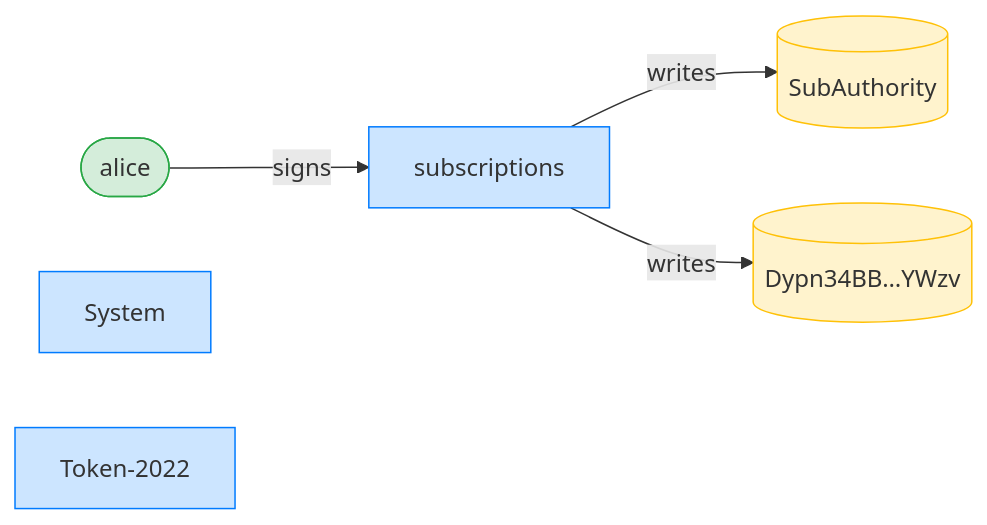
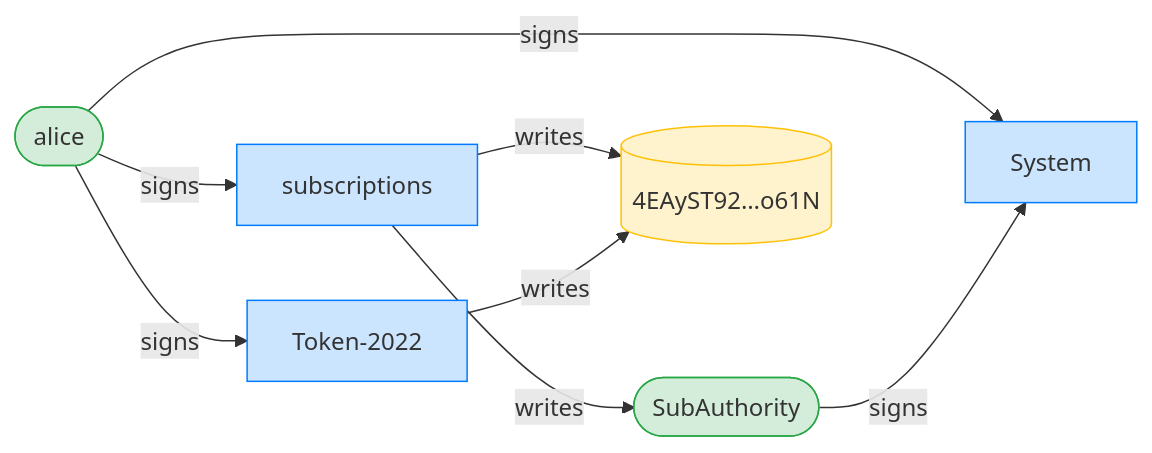
The third of 4 diagrams in dsl_tests/initialize-over-a-token-2022-mint---pausable--.md (cds-rs/subscriptions), drawn with Mermaid before and after one commit. The commit also changed other lines of this file and 224 other files, not shown here.

````diff
--- a/dsl_tests/initialize-over-a-token-2022-mint---pausable--.md
+++ b/dsl_tests/initialize-over-a-token-2022-mint---pausable--.md
@@ -55,15 +56,19 @@
 ```mermaid
 flowchart LR
     classDef signer fill:#d4edda,stroke:#28a745;
     classDef program fill:#cce5ff,stroke:#007bff;
     classDef writable fill:#fff3cd,stroke:#ffc107;
     subscriptions[subscriptions]:::program
     alice([alice]):::signer
-    SubAuthority[(SubAuthority)]:::writable
-    Dypn34BB_YWzv[("Dypn34BB…YWzv")]:::writable
+    SubAuthority([SubAuthority]):::signer
+    4EAyST92_o61N[("4EAyST92…o61N")]:::writable
     System[System]:::program
     Token_2022["Token-2022"]:::program
     alice -->|signs| subscriptions
+    alice -->|signs| System
+    SubAuthority -->|signs| System
+    alice -->|signs| Token_2022
     subscriptions -->|writes| SubAuthority
-    subscriptions -->|writes| Dypn34BB_YWzv
+    subscriptions -->|writes| 4EAyST92_o61N
+    Token_2022 -->|writes| 4EAyST92_o61N
 ```
````
